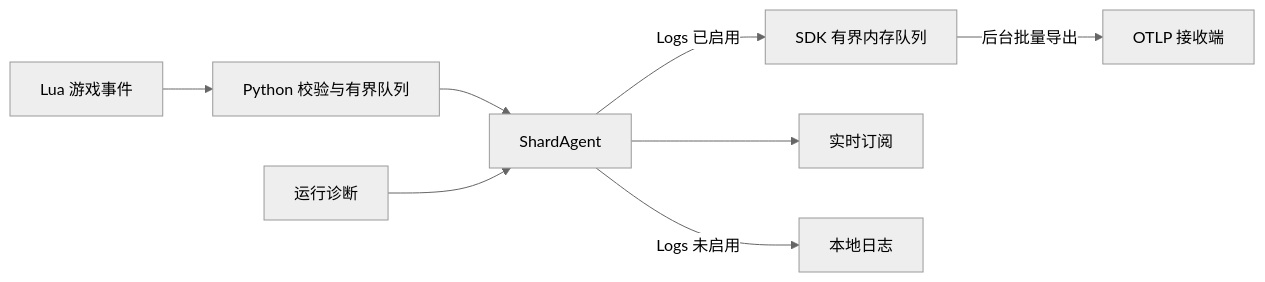
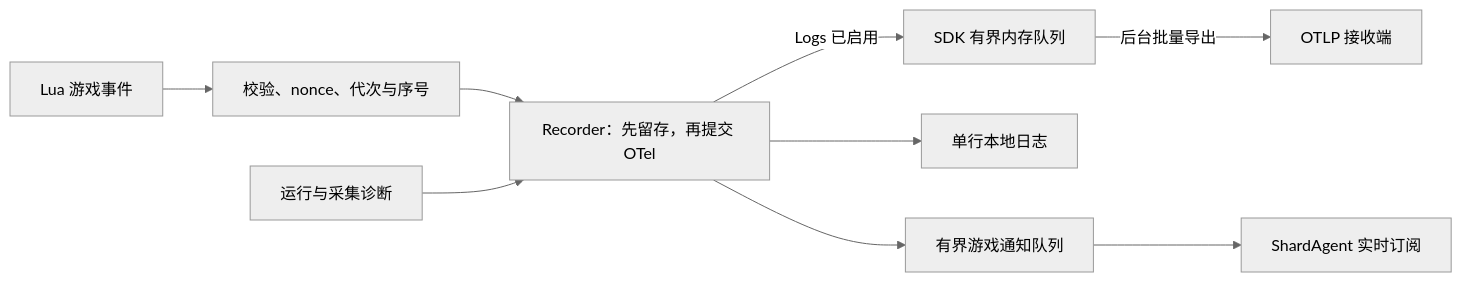
One commit to LetsStarveTogether/dst-server changed the fourth of 4 diagrams in README.zh-Hans.md. Above: the diagram before and after it, drawn with Mermaid (neutral theme). The commit also changed other lines of this file and 170 other files, not shown here.

````diff
--- a/README.zh-Hans.md
+++ b/README.zh-Hans.md
@@ -1208,10 +1346,11 @@
 ```mermaid
 flowchart LR
-    Lua["Lua 游戏事件"] --> Validate["Python 校验与有界队列"]
-    Validate --> Agent["ShardAgent"]
-    Runtime["运行诊断"] --> Agent
-    Agent -->|"Logs 已启用"| Queue["SDK 有界内存队列"]
+    Lua["Lua 游戏事件"] --> Validate["校验、nonce、代次与序号"]
+    Validate --> Recorder["Recorder：先留存，再提交 OTel"]
+    Runtime["运行与采集诊断"] --> Recorder
+    Recorder -->|"Logs 已启用"| Queue["SDK 有界内存队列"]
     Queue -->|"后台批量导出"| Receiver["OTLP 接收端"]
-    Agent --> Live["实时订阅"]
-    Agent -->|"Logs 未启用"| Local["本地日志"]
+    Recorder --> Local["单行本地日志"]
+    Recorder --> Notifications["有界游戏通知队列"]
+    Notifications --> Live["ShardAgent 实时订阅"]
 ```
````
